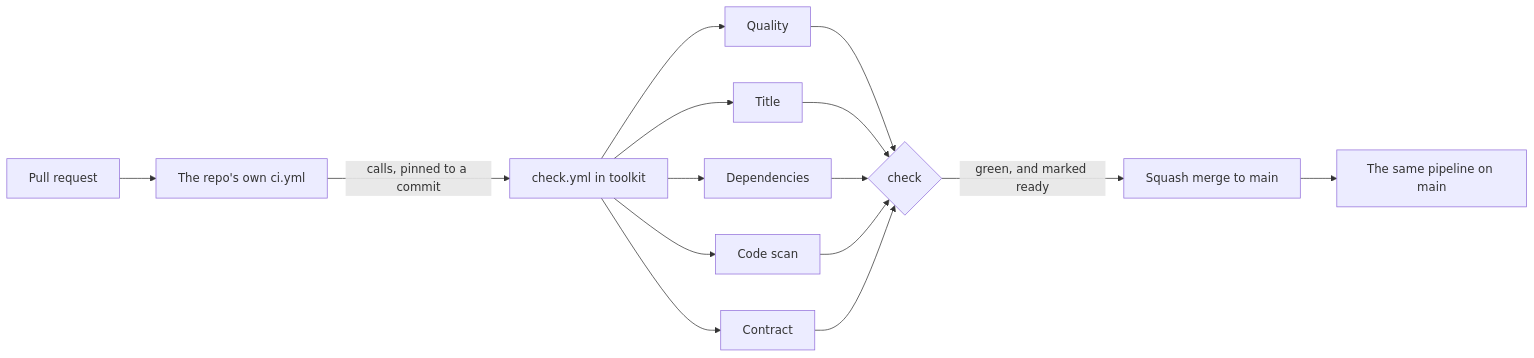
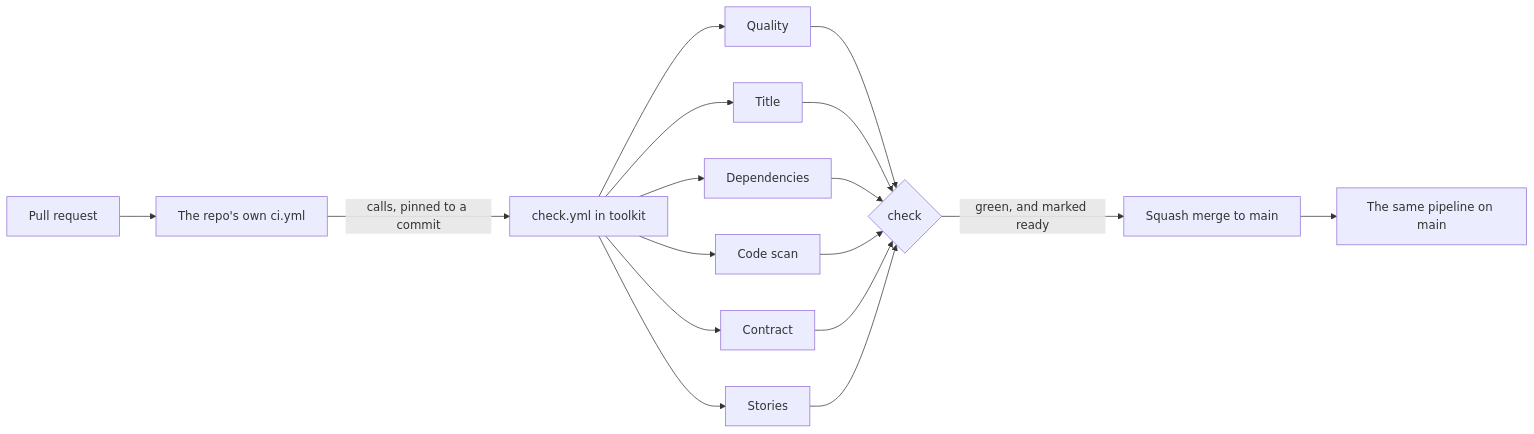
Before and after one commit to zigordev/toolkit: the diagram in docs/handbook/the-pipeline.md, drawn with Mermaid. The commit also changed other lines of this file and 60 other files, not shown here.

````diff
--- a/docs/handbook/the-pipeline.md
+++ b/docs/handbook/the-pipeline.md
@@ -30,17 +31,19 @@
 ```mermaid
 flowchart LR
   pr["Pull request"] --> caller["The repo's own ci.yml"]
   caller -->|"calls, pinned to a commit"| pipeline["check.yml in toolkit"]
   pipeline --> quality["Quality"]
   pipeline --> title["Title"]
   pipeline --> deps["Dependencies"]
   pipeline --> scan["Code scan"]
   pipeline --> contract["Contract"]
+  pipeline --> stories["Stories"]
   quality --> gate{check}
   title --> gate
   deps --> gate
   scan --> gate
   contract --> gate
+  stories --> gate
   gate -->|"green, and marked ready"| merge["Squash merge to main"]
   merge --> again["The same pipeline on main"]
 ```
````
